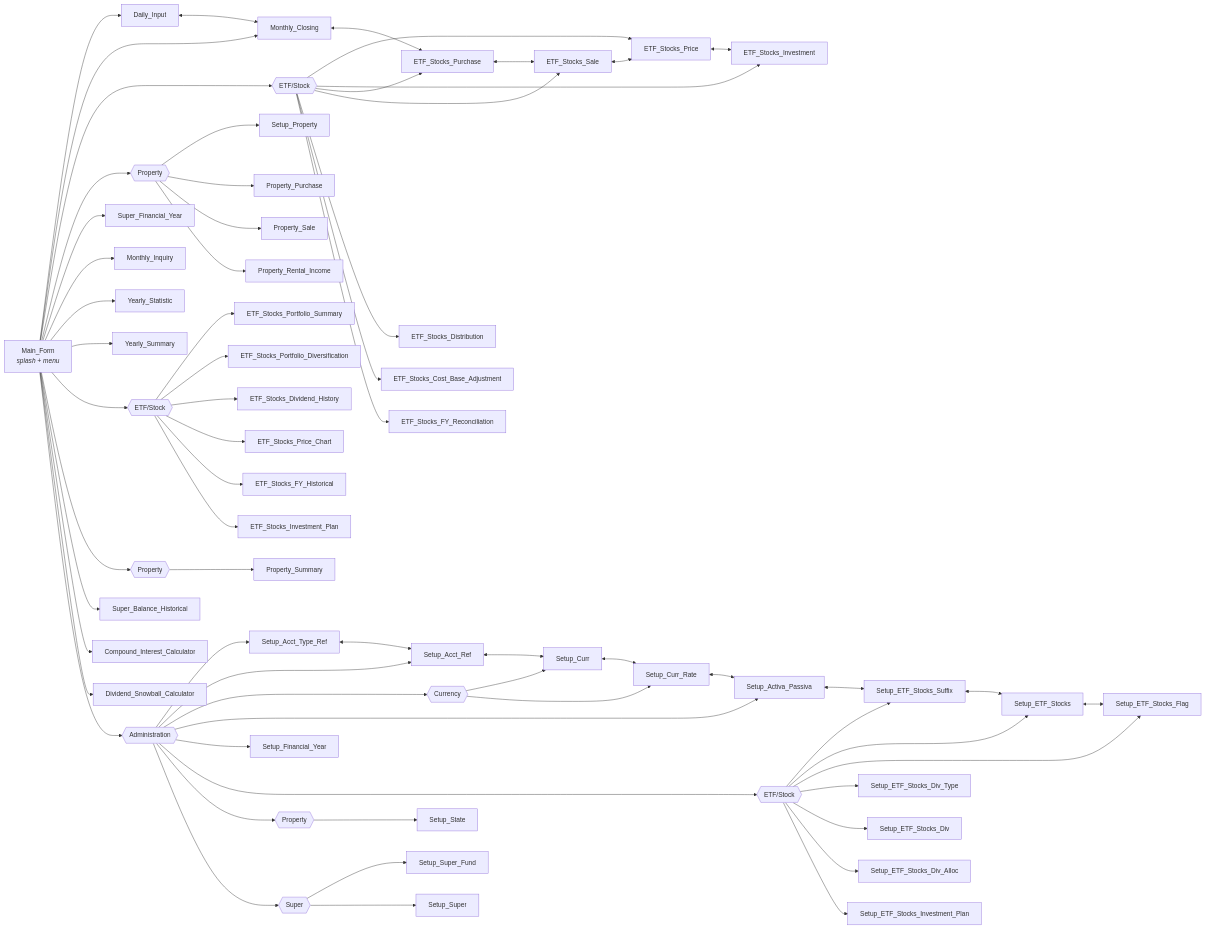
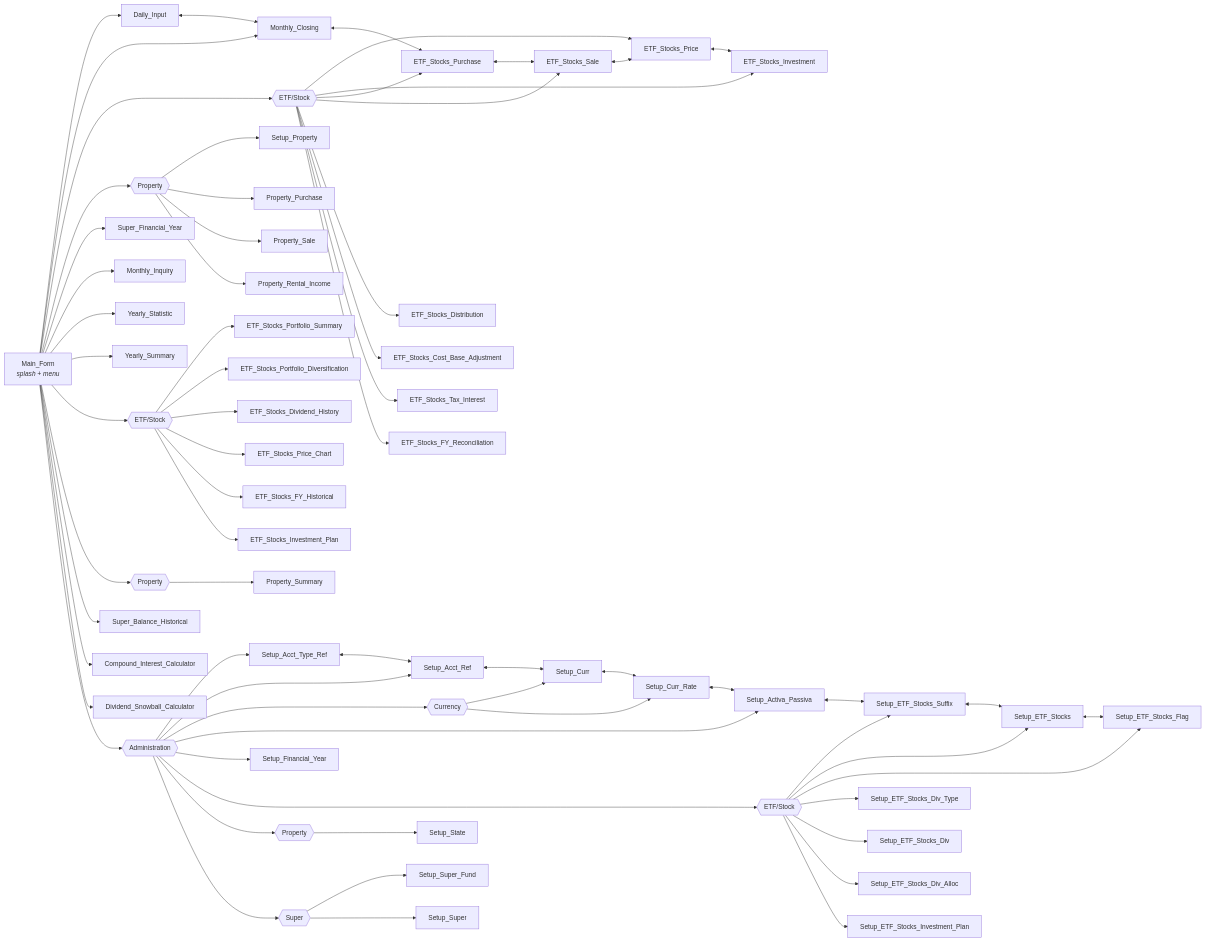
The second of 3 diagrams in README.md (oscar-rijadi/FinancialBalance), drawn with Mermaid before and after one commit. The commit also changed other lines of this file and 62 other files, not shown here.

Commit message:
Implement ETF Stock Deductable Tax Interest

````diff
--- a/README.md
+++ b/README.md
@@ -110,72 +110,73 @@
 ```mermaid
 flowchart LR
     MAIN["Main_Form<br/><i>splash + menu</i>"]
 
     MAIN --> DI["Daily_Input"]
     MAIN --> MC["Monthly_Closing"]
     MAIN --> PETFG{{"ETF/Stock"}}
     PETFG --> ETP["ETF_Stocks_Price"]
     PETFG --> ETI["ETF_Stocks_Investment"]
     PETFG --> ETB["ETF_Stocks_Purchase"]
     PETFG --> ETS["ETF_Stocks_Sale"]
     PETFG --> ETD["ETF_Stocks_Distribution"]
     PETFG --> ECB["ETF_Stocks_Cost_Base_Adjustment"]
+    PETFG --> ETI2["ETF_Stocks_Tax_Interest"]
     PETFG --> ETR["ETF_Stocks_FY_Reconciliation"]
     MAIN --> PPROPG{{"Property"}}
     PPROPG --> SPROP["Setup_Property"]
     PPROPG --> PPUR["Property_Purchase"]
     PPROPG --> PSAL["Property_Sale"]
     PPROPG --> PRI["Property_Rental_Income"]
     MAIN --> SFYP["Super_Financial_Year"]
     MAIN --> MI["Monthly_Inquiry"]
     MAIN --> YT["Yearly_Statistic"]
     MAIN --> YS["Yearly_Summary"]
     MAIN --> PORTG{{"ETF/Stock"}}
     PORTG --> PSUM["ETF_Stocks_Portfolio_Summary"]
     PORTG --> PDIV["ETF_Stocks_Portfolio_Diversification"]
     PORTG --> PDVH["ETF_Stocks_Dividend_History"]
     PORTG --> PPCH["ETF_Stocks_Price_Chart"]
     PORTG --> PFYH["ETF_Stocks_FY_Historical"]
     PORTG --> PIVP["ETF_Stocks_Investment_Plan"]
     MAIN --> IPROPG{{"Property"}}
     IPROPG --> PSMY["Property_Summary"]
     MAIN --> SBH["Super_Balance_Historical"]
     MAIN --> CIC["Compound_Interest_Calculator"]
     MAIN --> DSC["Dividend_Snowball_Calculator"]
 
     MAIN --> ADMIN{{"Administration"}}
     ADMIN --> SATR["Setup_Acct_Type_Ref"]
     ADMIN --> SAR["Setup_Acct_Ref"]
     ADMIN --> CURG{{"Currency"}}
     CURG --> SC["Setup_Curr"]
     CURG --> SCR["Setup_Curr_Rate"]
     ADMIN --> SAP["Setup_Activa_Passiva"]
     ADMIN --> SFY["Setup_Financial_Year"]
     ADMIN --> ETFG{{"ETF/Stock"}}
     ETFG --> SES["Setup_ETF_Stocks_Suffix"]
     ETFG --> SET["Setup_ETF_Stocks"]
     ETFG --> SEF["Setup_ETF_Stocks_Flag"]
     ETFG --> SDT["Setup_ETF_Stocks_Div_Type"]
     ETFG --> SDV["Setup_ETF_Stocks_Div"]
     ETFG --> SDA["Setup_ETF_Stocks_Div_Alloc"]
     ETFG --> SIP["Setup_ETF_Stocks_Investment_Plan"]
     ADMIN --> PROPG{{"Property"}}
     PROPG --> SST["Setup_State"]
     ADMIN --> SUPG{{"Super"}}
     SUPG --> SSF["Setup_Super_Fund"]
     SUPG --> SSU["Setup_Super"]
 
     DI <--> MC
     MC <--> ETB
     ETB <--> ETS
     ETS <--> ETP
     ETP <--> ETI
 
     SATR <--> SAR
     SAR <--> SC
     SC <--> SCR
     SCR <--> SAP
     SAP <--> SES
     SES <--> SET
     SET <--> SEF
 ```
````
